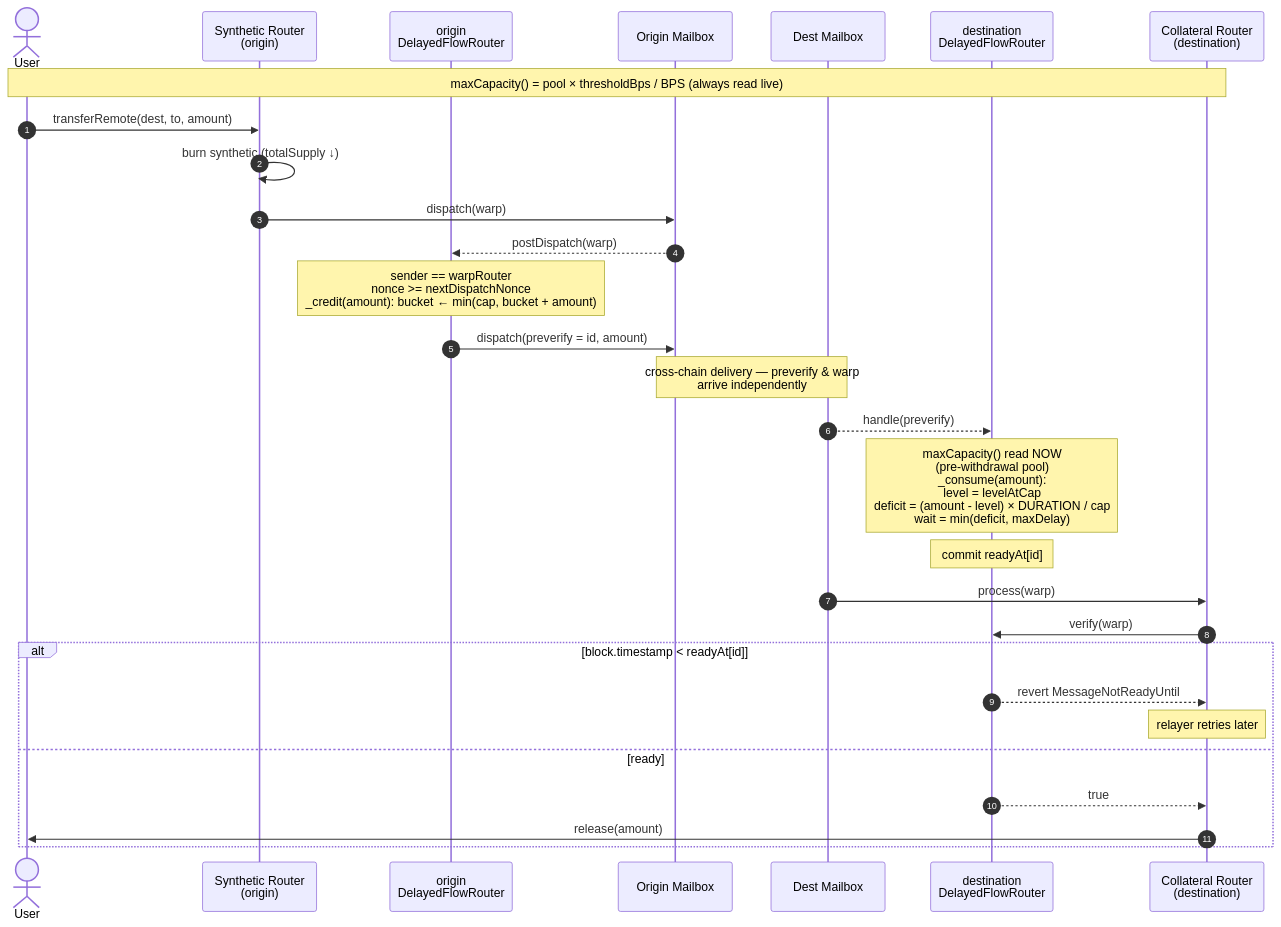
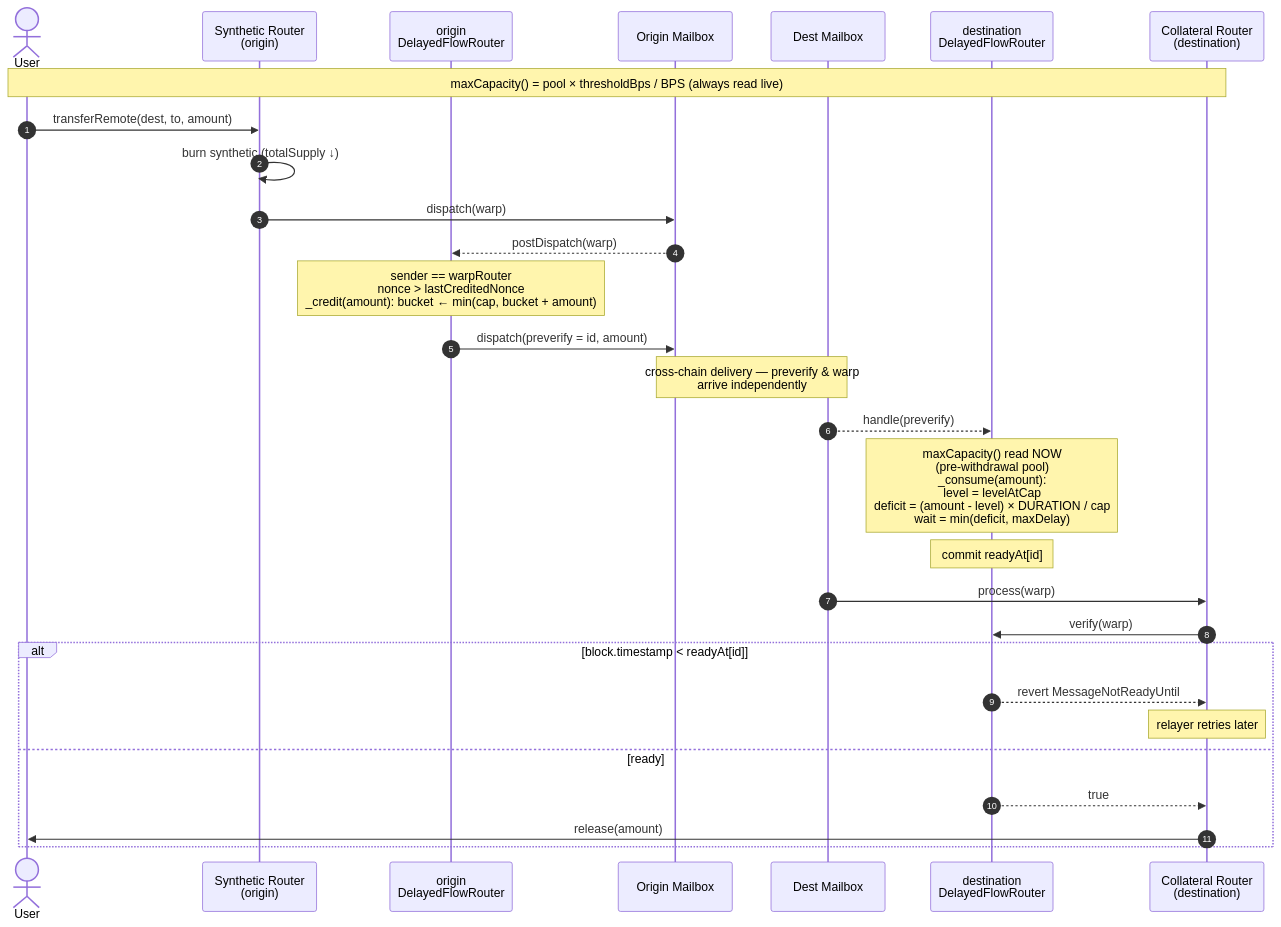
The diagram in docs/delayed-flow-router.md (hyperlane-xyz/hyperlane-monorepo), drawn with Mermaid before and after one commit. The commit also changed other lines of this file and 2 other files, not shown here.

First line of the commit message:
refactor(core): DelayedFlowRouter replay guard uses lastCreditedNonce

````diff
--- a/docs/delayed-flow-router.md
+++ b/docs/delayed-flow-router.md
@@ -28,36 +28,36 @@
 ```mermaid
 sequenceDiagram
   autonumber
   actor U as User
   participant SR as Synthetic Router<br/>(origin)
   participant OD as origin<br/>DelayedFlowRouter
   participant OM as Origin Mailbox
   participant DM as Dest Mailbox
   participant DD as destination<br/>DelayedFlowRouter
   participant CR as Collateral Router<br/>(destination)
 
   Note over U,CR: maxCapacity() = pool × thresholdBps / BPS (always read live)
 
   U->>SR: transferRemote(dest, to, amount)
   SR->>SR: burn synthetic (totalSupply ↓)
   SR->>OM: dispatch(warp)
   OM-->>OD: postDispatch(warp)
-  Note over OD: sender == warpRouter<br/>nonce >= nextDispatchNonce<br/>_credit(amount): bucket ← min(cap, bucket + amount)
+  Note over OD: sender == warpRouter<br/>nonce > lastCreditedNonce<br/>_credit(amount): bucket ← min(cap, bucket + amount)
   OD->>OM: dispatch(preverify = id, amount)
 
   Note over OM,DM: cross-chain delivery — preverify & warp<br/>arrive independently
 
   DM-->>DD: handle(preverify)
   Note over DD: maxCapacity() read NOW<br/>(pre-withdrawal pool)<br/>_consume(amount):<br/>  level = levelAtCap<br/>  deficit = (amount - level) × DURATION / cap<br/>  wait = min(deficit, maxDelay)
   Note over DD: commit readyAt[id]
 
   DM->>CR: process(warp)
   CR->>DD: verify(warp)
   alt block.timestamp < readyAt[id]
     DD-->>CR: revert MessageNotReadyUntil
     Note over CR: relayer retries later
   else ready
     DD-->>CR: true
     CR->>U: release(amount)
   end
 ```
````
